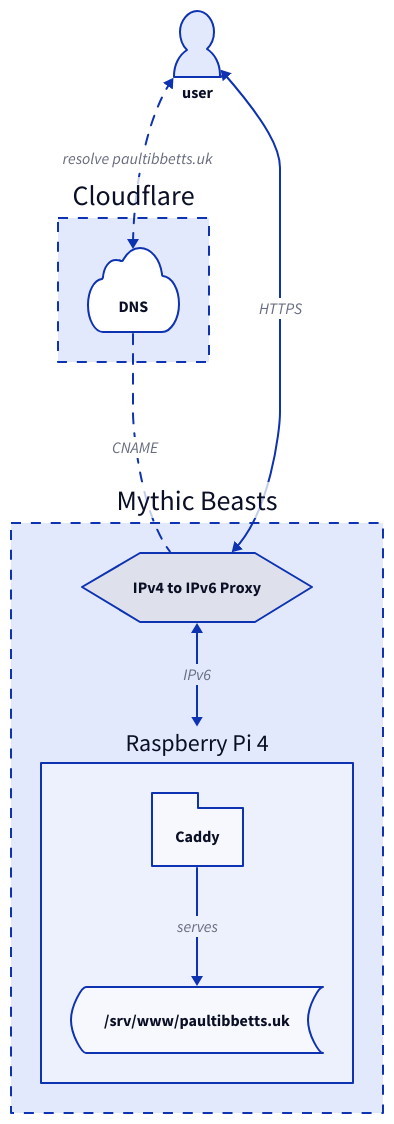
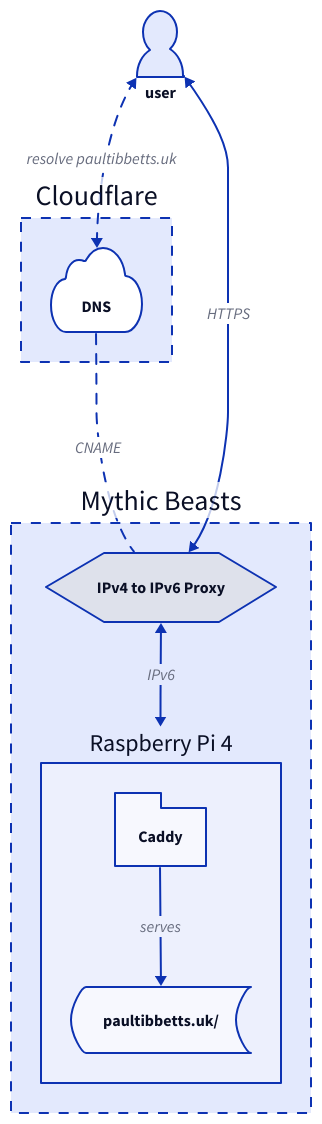
The diagram in docs/src/content/docs/architecture/overview.mdx (paultibbetts/infra.paultibbetts.uk), drawn with D2 before and after one commit. The commit also changed 3 other files, not shown here.

Commit message:
docs: diagram for deployments (#6)

````diff
--- a/docs/src/content/docs/architecture/overview.mdx
+++ b/docs/src/content/docs/architecture/overview.mdx
@@ -26,40 +26,40 @@
 ```d2
 direction: down
 
 user: {
   shape: person
 }
 cf: "Cloudflare" {
   style.stroke-dash: 5
   dns: "DNS" {
     shape: cloud
   }
 }
 
 mb: "Mythic Beasts" {
   style.stroke-dash: 5
   proxy: "IPv4 to IPv6 Proxy" {
     shape: hexagon
   }
   pi: "Raspberry Pi 4" {
       shape: rectangle
       web: "Caddy" {
         shape: package
       }
-      site: "/srv/www/paultibbetts.uk" {
+      site: "paultibbetts.uk/" {
         shape: stored_data
       }
   }
 }
 
 user <-> cf.dns: "resolve paultibbetts.uk" {
   style.stroke-dash: 5
 }
 cf.dns -- mb.proxy: "CNAME" {
   style.stroke-dash: 5
 }
 user <-> mb.proxy: "HTTPS"
 
 mb.proxy <-> mb.pi: "IPv6"
 mb.pi.web -> mb.pi.site: "serves"
 ```
````
